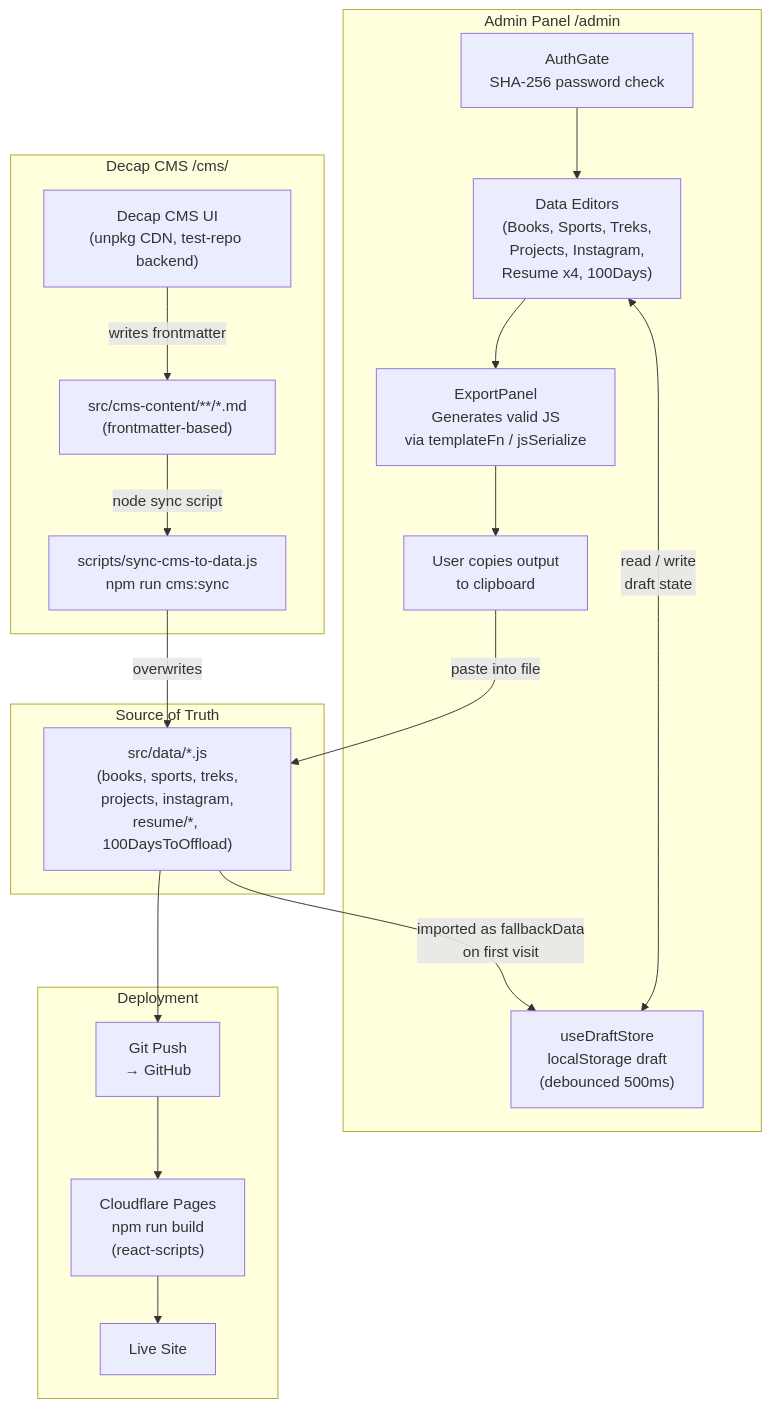
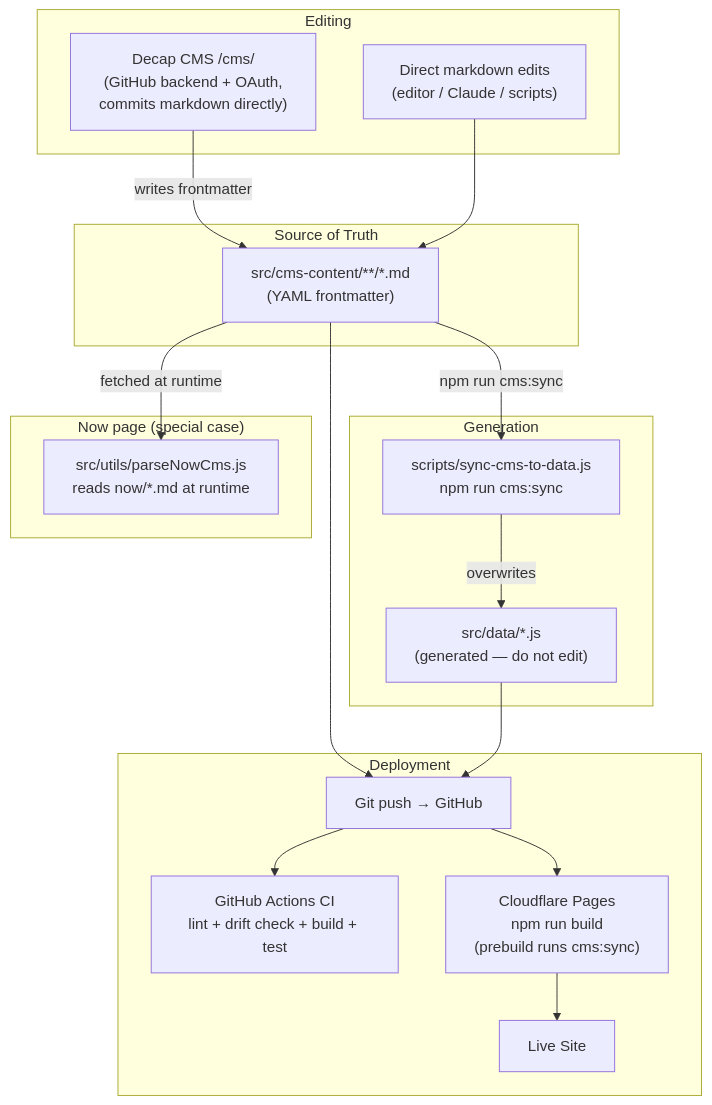
Before and after one commit to daredavil01/personal-site: the diagram in docs/cms-data-flow.md, drawn with Mermaid. The commit also changed other lines of this file and 6 other files, not shown here.

First line of the commit message:
Docs truth pass: align all docs with the markdown-first pipeline

````diff
--- a/docs/cms-data-flow.md
+++ b/docs/cms-data-flow.md
@@ -9,44 +11,38 @@
 ```mermaid
 flowchart TD
     subgraph SOURCE["Source of Truth"]
-        JS["src/data/*.js\n(books, sports, treks,\nprojects, instagram,\nresume/*, 100DaysToOffload)"]
+        MD["src/cms-content/**/*.md\n(YAML frontmatter)"]
     end
 
-    subgraph ADMIN["Admin Panel  /admin"]
-        AUTH["AuthGate\nSHA-256 password check"]
-        DRAFT["useDraftStore\nlocalStorage draft\n(debounced 500ms)"]
-        EDITORS["Data Editors\n(Books, Sports, Treks,\nProjects, Instagram,\nResume x4, 100Days)"]
-        EXPORT["ExportPanel\nGenerates valid JS\nvia templateFn / jsSerialize"]
-        COPY["User copies output\nto clipboard"]
+    subgraph EDIT["Editing"]
+        DECAP["Decap CMS  /cms/\n(GitHub backend + OAuth,\ncommits markdown directly)"]
+        DIRECT["Direct markdown edits\n(editor / Claude / scripts)"]
     end
 
-    subgraph DECAP["Decap CMS  /cms/"]
-        DECAP_UI["Decap CMS UI\n(unpkg CDN, test-repo backend)"]
-        MD["src/cms-content/**/*.md\n(frontmatter-based)"]
-        SYNC["scripts/sync-cms-to-data.js\nnpm run cms:sync"]
+    subgraph SYNC["Generation"]
+        SYNCJS["scripts/sync-cms-to-data.js\nnpm run cms:sync"]
+        JS["src/data/*.js\n(generated — do not edit)"]
+    end
+
+    subgraph NOW["Now page (special case)"]
+        PARSE["src/utils/parseNowCms.js\nreads now/*.md at runtime"]
     end
 
     subgraph DEPLOY["Deployment"]
-        GIT["Git Push\n→ GitHub"]
-        CF["Cloudflare Pages\nnpm run build\n(react-scripts)"]
+        GIT["Git push → GitHub"]
+        CI["GitHub Actions CI\nlint + drift check + build + test"]
+        CF["Cloudflare Pages\nnpm run build\n(prebuild runs cms:sync)"]
         LIVE["Live Site"]
     end
 
-    %% Admin flow
-    JS -->|"imported as fallbackData\non first visit"| DRAFT
-    AUTH --> EDITORS
-    EDITORS <-->|"read / write\ndraft state"| DRAFT
-    EDITORS --> EXPORT
-    EXPORT --> COPY
-    COPY -->|"paste into file"| JS
-
-    %% Decap flow
-    DECAP_UI -->|"writes frontmatter"| MD
-    MD -->|"node sync script"| SYNC
-    SYNC -->|"overwrites"| JS
-
-    %% Deploy flow
+    DECAP -->|"writes frontmatter"| MD
+    DIRECT --> MD
+    MD -->|"npm run cms:sync"| SYNCJS
+    SYNCJS -->|"overwrites"| JS
+    MD -->|"fetched at runtime"| PARSE
+    MD --> GIT
     JS --> GIT
+    GIT --> CI
     GIT --> CF
     CF --> LIVE
 ```
````
